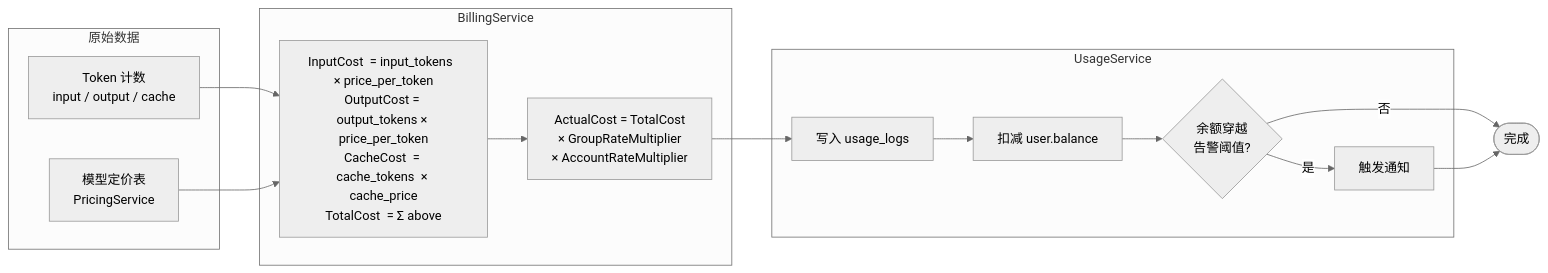
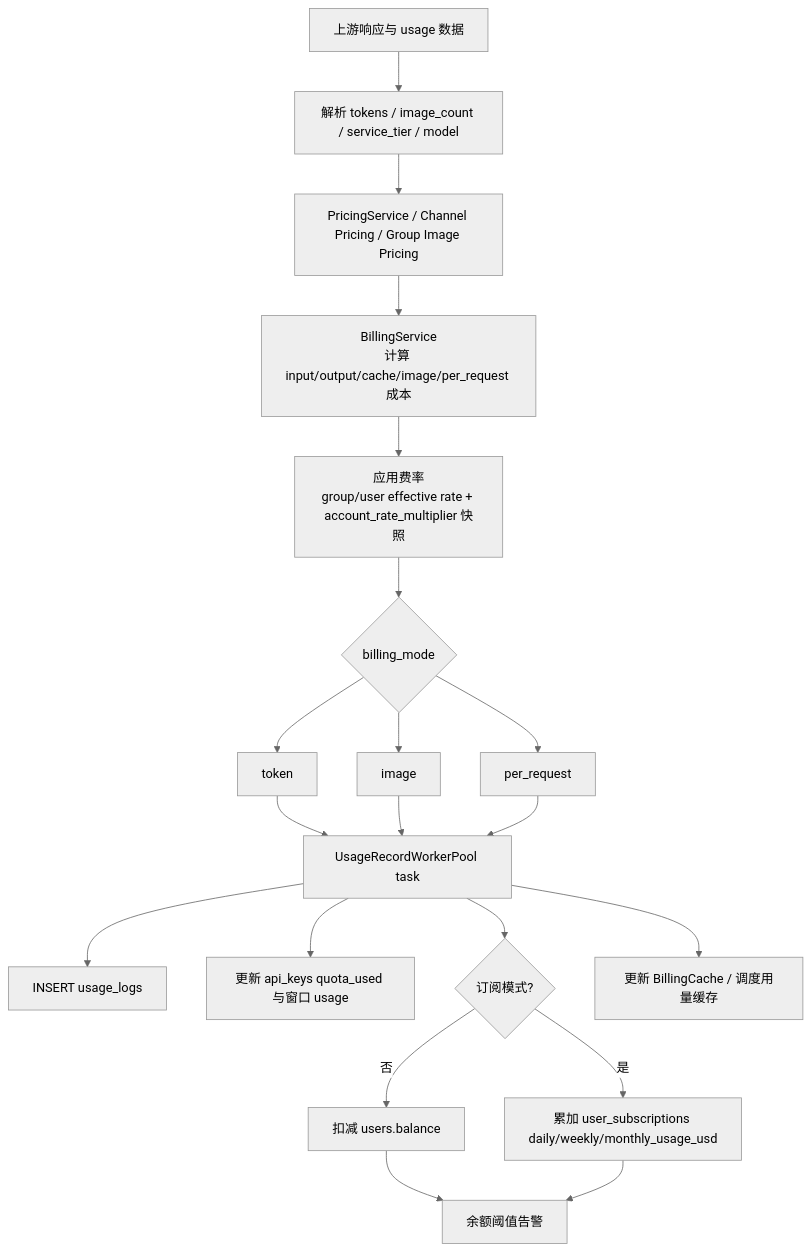
Before and after one commit to linshisancc/sub2api: the fourth of 9 diagrams in docs/ARCHITECTURE.md, drawn with Mermaid (neutral theme). The commit also changed other lines of this file, not shown here.

Commit message:
docs: update architecture overview

````diff
--- a/docs/ARCHITECTURE.md
+++ b/docs/ARCHITECTURE.md
@@ -245,32 +360,24 @@
 ```mermaid
-flowchart LR
-    subgraph 原始数据
-        TOK[Token 计数<br/>input / output / cache]
-        MDL[模型定价表<br/>PricingService]
-    end
+flowchart TD
+    REQ[上游响应与 usage 数据] --> PARSE[解析 tokens / image_count / service_tier / model]
+    PARSE --> PRICE[PricingService / Channel Pricing / Group Image Pricing]
+    PRICE --> CALC[BillingService<br/>计算 input/output/cache/image/per_request 成本]
+    CALC --> RATE[应用费率<br/>group/user effective rate + account_rate_multiplier 快照]
+    RATE --> MODE{billing_mode}
+    MODE --> TOKEN[token]
+    MODE --> IMAGE[image]
+    MODE --> PR[per_request]
 
-    subgraph BillingService
-        CALC["InputCost  = input_tokens  × price_per_token
-OutputCost = output_tokens × price_per_token
-CacheCost  = cache_tokens  × cache_price
-TotalCost  = Σ above"]
-        RATE["ActualCost = TotalCost
-× GroupRateMultiplier
-× AccountRateMultiplier"]
-    end
+    TOKEN --> TASK[UsageRecordWorkerPool task]
+    IMAGE --> TASK
+    PR --> TASK
 
-    subgraph UsageService
-        LOG[写入 usage_logs]
-        BAL[扣减 user.balance]
-        CHK{余额穿越<br/>告警阈值?}
-        NOTIFY[触发通知]
-    end
-
-    TOK --> CALC
-    MDL --> CALC
-    CALC --> RATE --> LOG
-    LOG --> BAL --> CHK
-    CHK -- 是 --> NOTIFY
-    CHK -- 否 --> END([完成])
-    NOTIFY --> END
+    TASK --> LOG[INSERT usage_logs]
+    TASK --> KEY[更新 api_keys quota_used 与窗口 usage]
+    TASK --> TARGET{订阅模式?}
+    TARGET -- 是 --> SUB[累加 user_subscriptions daily/weekly/monthly_usage_usd]
+    TARGET -- 否 --> BAL[扣减 users.balance]
+    TASK --> CACHE[更新 BillingCache / 调度用量缓存]
+    BAL --> NOTIFY[余额阈值告警]
+    SUB --> NOTIFY
 ```
````
